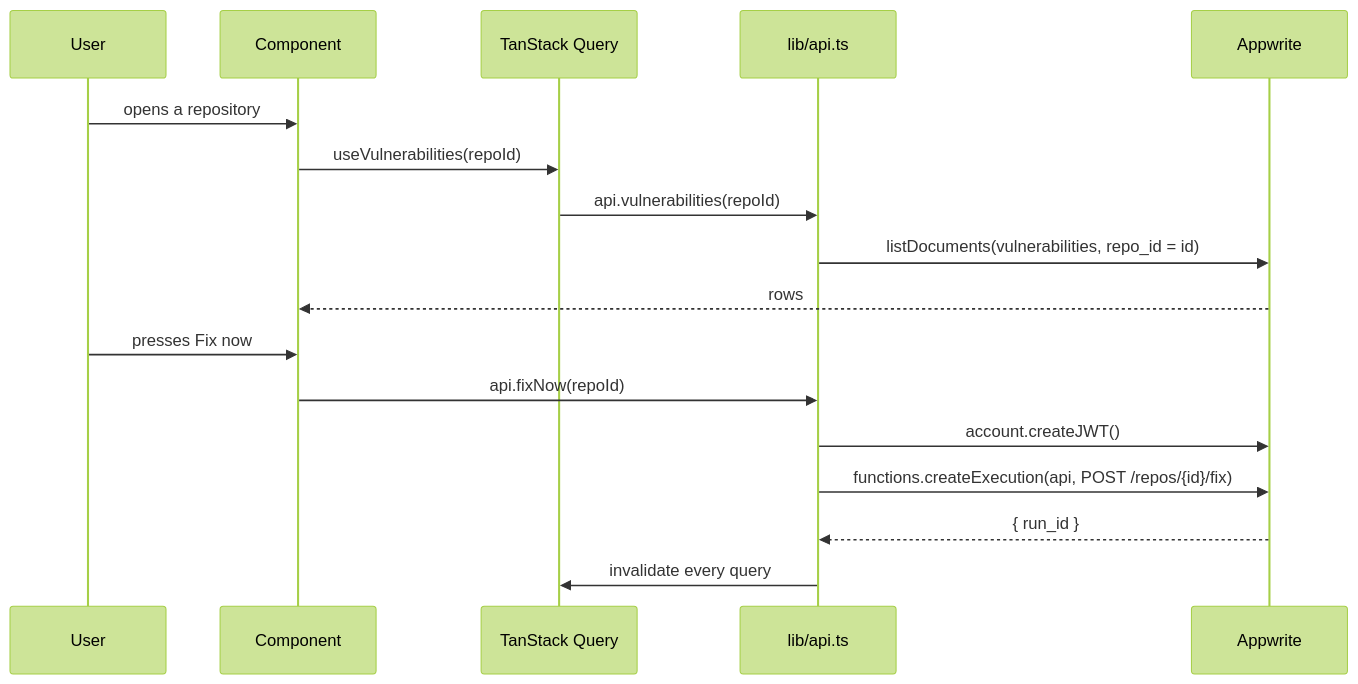
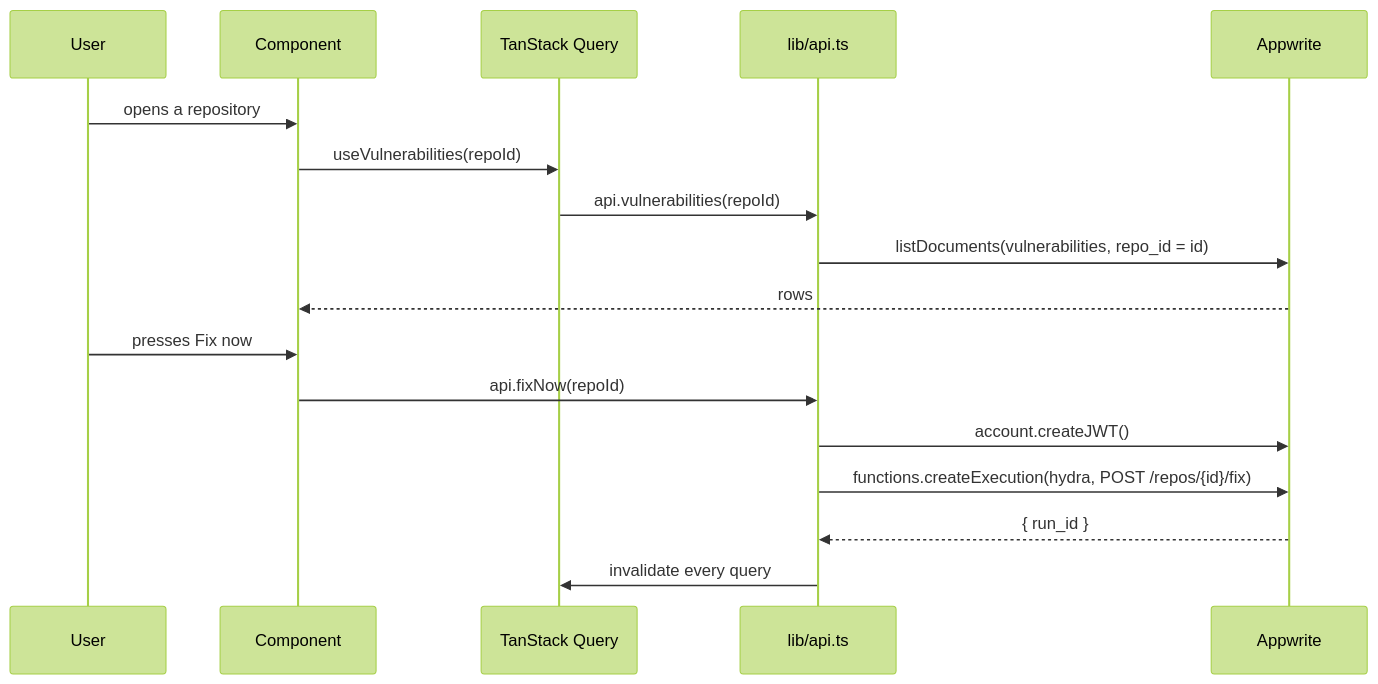
One commit to PranavViswanathan/Hydra changed the second of 2 diagrams in docs/dashboard.md. Above: the diagram before and after it, drawn with Mermaid (forest theme). The commit also changed other lines of this file and 36 other files, not shown here.

````diff
--- a/docs/dashboard.md
+++ b/docs/dashboard.md
@@ -128,21 +128,21 @@
 ```mermaid
 sequenceDiagram
     participant U as User
     participant C as Component
     participant Q as TanStack Query
     participant A as lib/api.ts
     participant AW as Appwrite
 
     U->>C: opens a repository
     C->>Q: useVulnerabilities(repoId)
     Q->>A: api.vulnerabilities(repoId)
     A->>AW: listDocuments(vulnerabilities, repo_id = id)
     AW-->>C: rows
 
     U->>C: presses Fix now
     C->>A: api.fixNow(repoId)
     A->>AW: account.createJWT()
-    A->>AW: functions.createExecution(api, POST /repos/{id}/fix)
+    A->>AW: functions.createExecution(hydra, POST /repos/{id}/fix)
     AW-->>A: { run_id }
     A->>Q: invalidate every query
 ```
````
